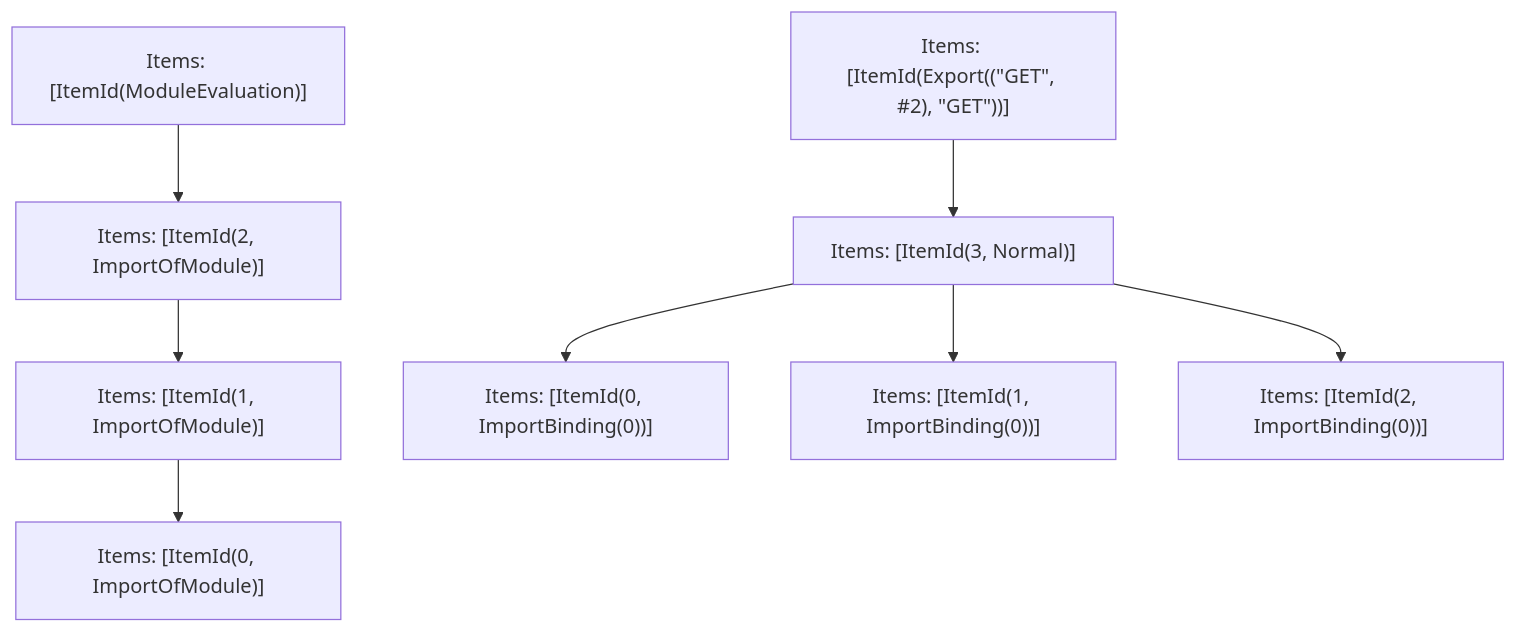
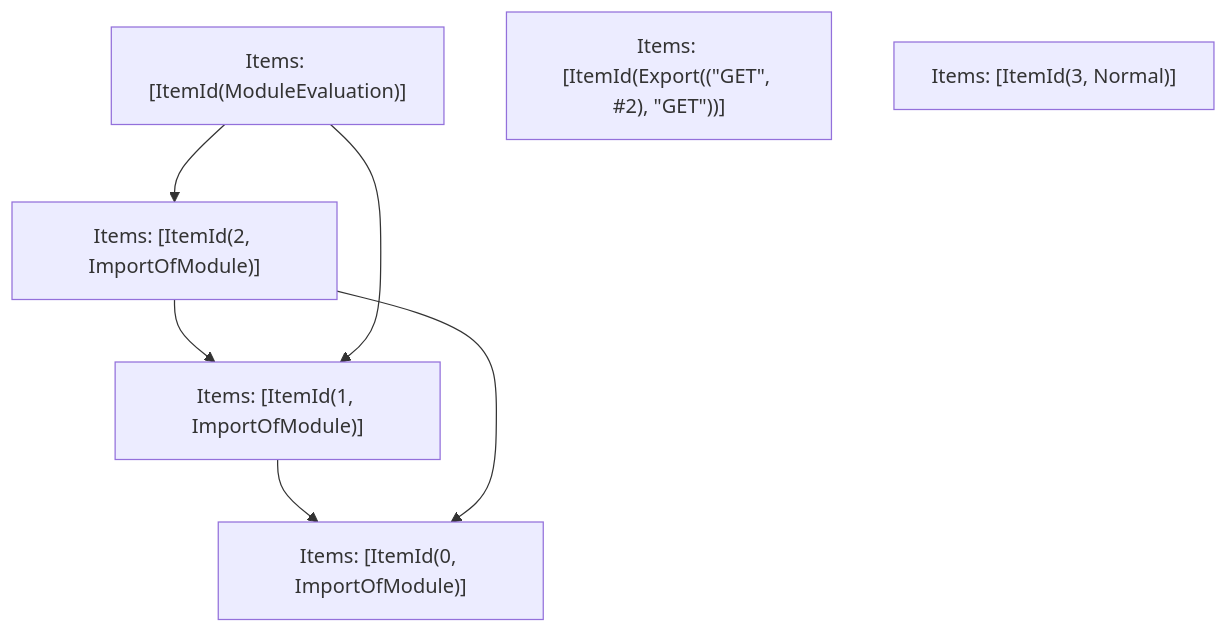
Before and after one commit to Sonar-UX-Testing-FreePlan/next.js: the fifth of 5 diagrams in turbopack/crates/turbopack-ecmascript/tests/tree-shaker/analyzer/typeof-1/output.md, drawn with Mermaid. The commit also changed other lines of this file and 38 other files, not shown here.

````diff
--- a/turbopack/crates/turbopack-ecmascript/tests/tree-shaker/analyzer/typeof-1/output.md
+++ b/turbopack/crates/turbopack-ecmascript/tests/tree-shaker/analyzer/typeof-1/output.md
@@ -162,19 +162,14 @@
 ```mermaid
 graph TD
     N0["Items: [ItemId(ModuleEvaluation)]"];
     N1["Items: [ItemId(Export((&quot;GET&quot;, #2), &quot;GET&quot;))]"];
     N2["Items: [ItemId(0, ImportOfModule)]"];
-    N3["Items: [ItemId(0, ImportBinding(0))]"];
-    N4["Items: [ItemId(1, ImportOfModule)]"];
-    N5["Items: [ItemId(1, ImportBinding(0))]"];
-    N6["Items: [ItemId(2, ImportOfModule)]"];
-    N7["Items: [ItemId(2, ImportBinding(0))]"];
-    N8["Items: [ItemId(3, Normal)]"];
+    N3["Items: [ItemId(1, ImportOfModule)]"];
+    N4["Items: [ItemId(2, ImportOfModule)]"];
+    N5["Items: [ItemId(3, Normal)]"];
+    N3 --> N2;
+    N4 --> N3;
     N4 --> N2;
-    N6 --> N4;
-    N1 --> N8;
-    N8 --> N3;
-    N8 --> N5;
-    N8 --> N7;
-    N0 --> N6;
+    N0 --> N4;
+    N0 --> N3;
 ```
````
